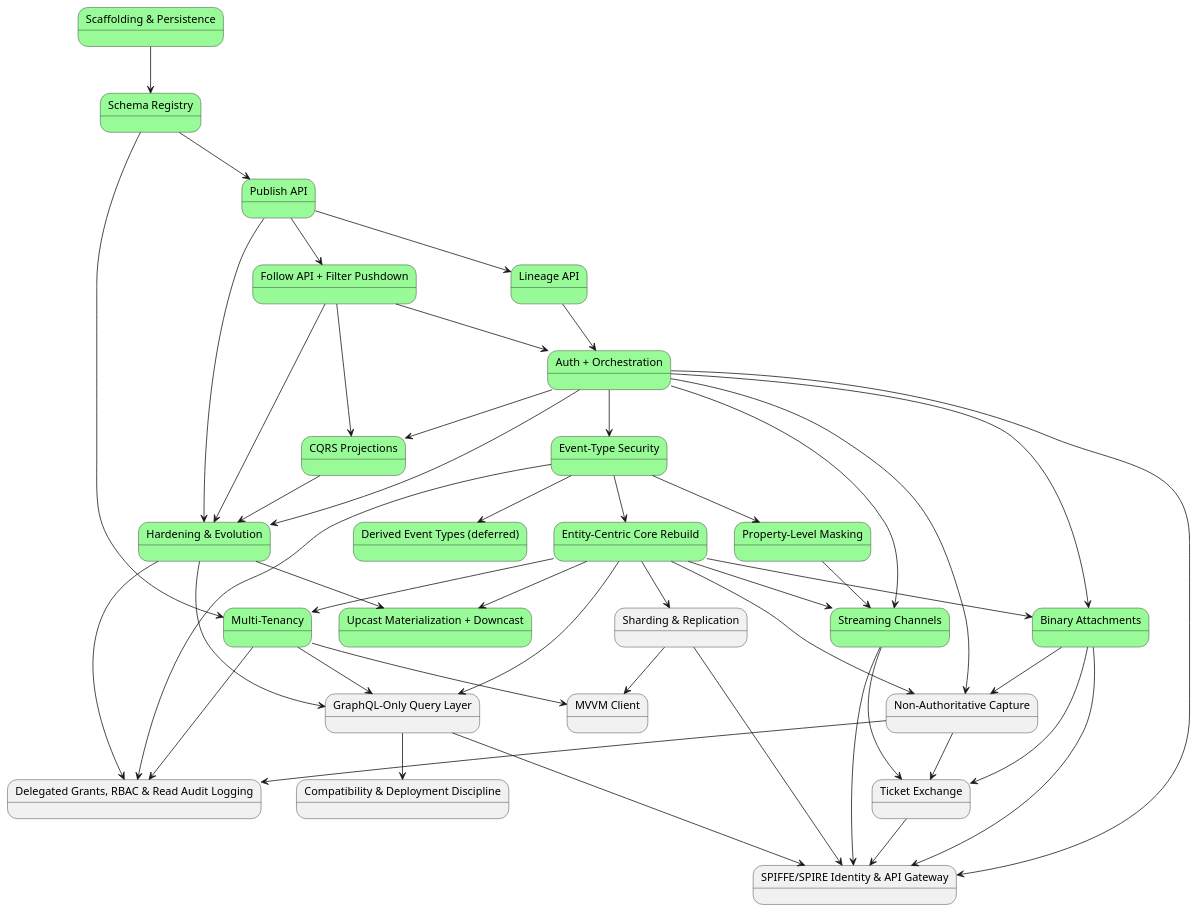
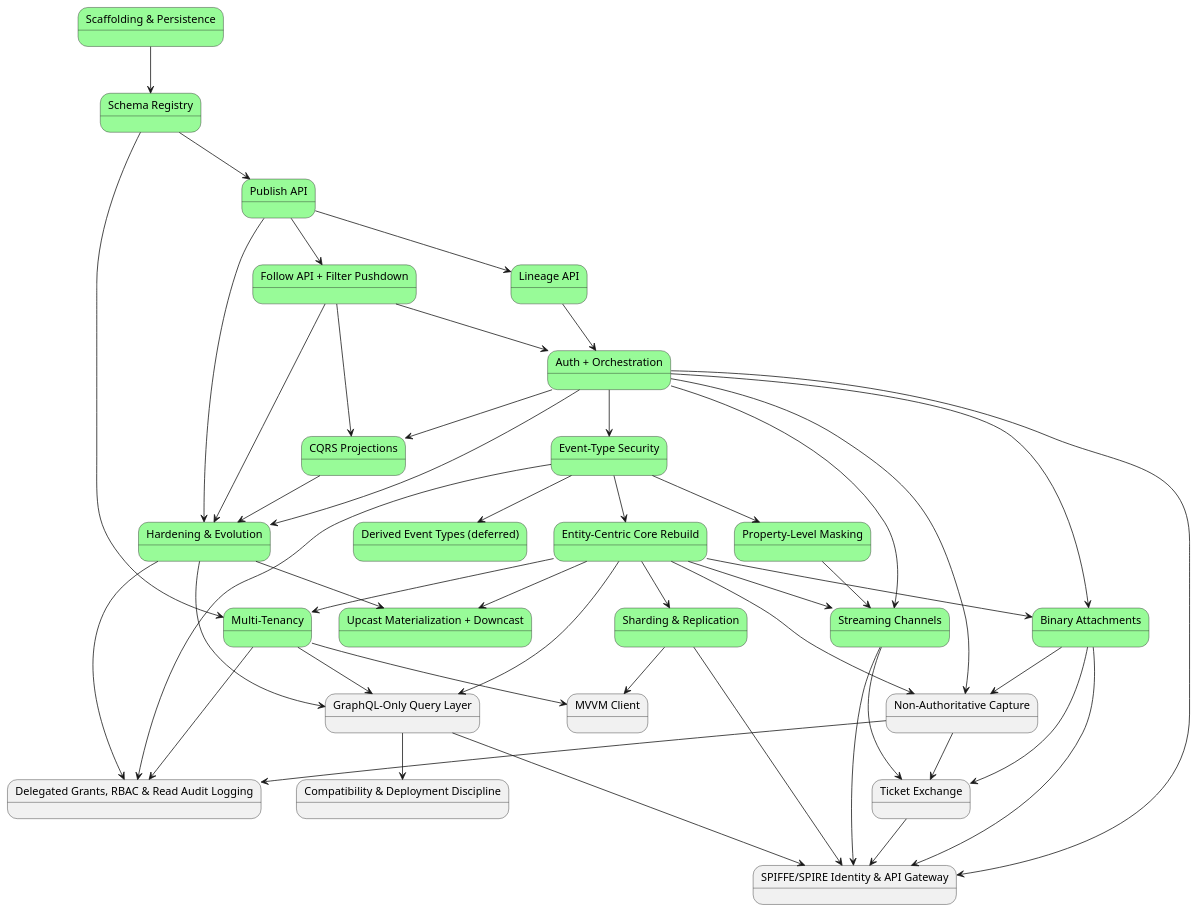
Before and after one commit to Mwwhited-BookLearning/EventSourcing: the first of 2 diagrams in docs/08-build-plan.md, drawn with PlantUML. The commit also changed other lines of this file and 42 other files, not shown here.

````diff
--- a/docs/08-build-plan.md
+++ b/docs/08-build-plan.md
@@ -156,77 +156,77 @@
 ```plantuml
 @startuml BuildPlan_CorePhases
 state "Scaffolding & Persistence" as p0 #palegreen
 state "Schema Registry" as p1 #palegreen
 state "Publish API" as p2 #palegreen
 state "Lineage API" as p3 #palegreen
 state "Follow API + Filter Pushdown" as p4 #palegreen
 state "Auth + Orchestration" as p5 #palegreen
 state "Event-Type Security" as p6 #palegreen
 state "Derived Event Types (deferred)" as p7 #palegreen
 state "Property-Level Masking" as p8 #palegreen
 state "CQRS Projections" as p9 #palegreen
 state "Hardening & Evolution" as p10 #palegreen
 state "Entity-Centric Core Rebuild" as p11 #palegreen
 state "Multi-Tenancy" as p12 #palegreen
 state "Upcast Materialization + Downcast" as p13 #palegreen
 state "Streaming Channels" as p14 #palegreen
 state "Binary Attachments" as p15 #palegreen
-state "Sharding & Replication" as p16
+state "Sharding & Replication" as p16 #palegreen
 state "Non-Authoritative Capture" as p17
 state "GraphQL-Only Query Layer" as p18
 state "Compatibility & Deployment Discipline" as p19
 state "MVVM Client" as p20
 state "Ticket Exchange" as p21
 state "Delegated Grants, RBAC & Read Audit Logging" as p22
 state "SPIFFE/SPIRE Identity & API Gateway" as p23
 
 p0 --> p1
 p1 --> p2
 p2 --> p3
 p2 --> p4
 p3 --> p5
 p4 --> p5
 p5 --> p6
 p6 --> p7
 p6 --> p8
 p4 --> p9
 p5 --> p9
 p5 --> p10
 p2 --> p10
 p4 --> p10
 p9 --> p10
 p6 --> p11
 p1 --> p12
 p11 --> p12
 p10 --> p13
 p11 --> p13
 p5 --> p14
 p11 --> p14
 p8 --> p14
 p5 --> p15
 p11 --> p15
 p11 --> p16
 p11 --> p17
 p5 --> p17
 p15 --> p17
 p11 --> p18
 p12 --> p18
 p10 --> p18
 p18 --> p19
 p12 --> p20
 p16 --> p20
 p14 --> p21
 p15 --> p21
 p17 --> p21
 p17 --> p22
 p6 --> p22
 p12 --> p22
 p10 --> p22
 p5 --> p23
 p16 --> p23
 p14 --> p23
 p15 --> p23
 p18 --> p23
 p21 --> p23
 @enduml
 ```
````
